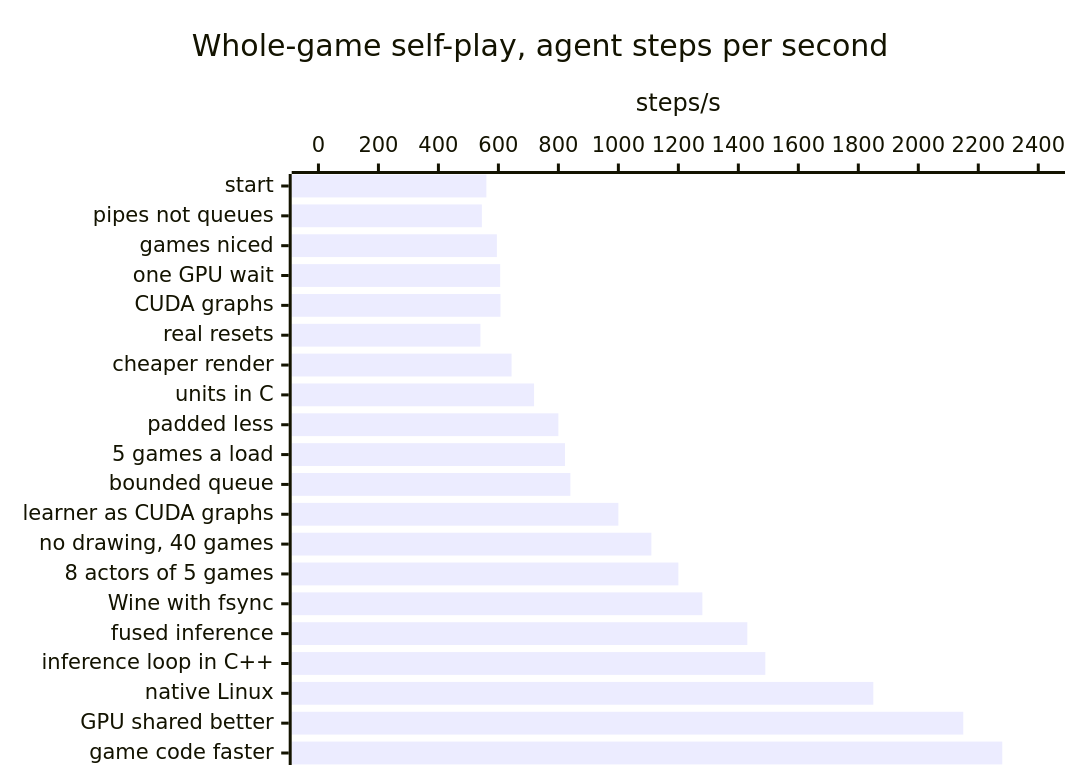
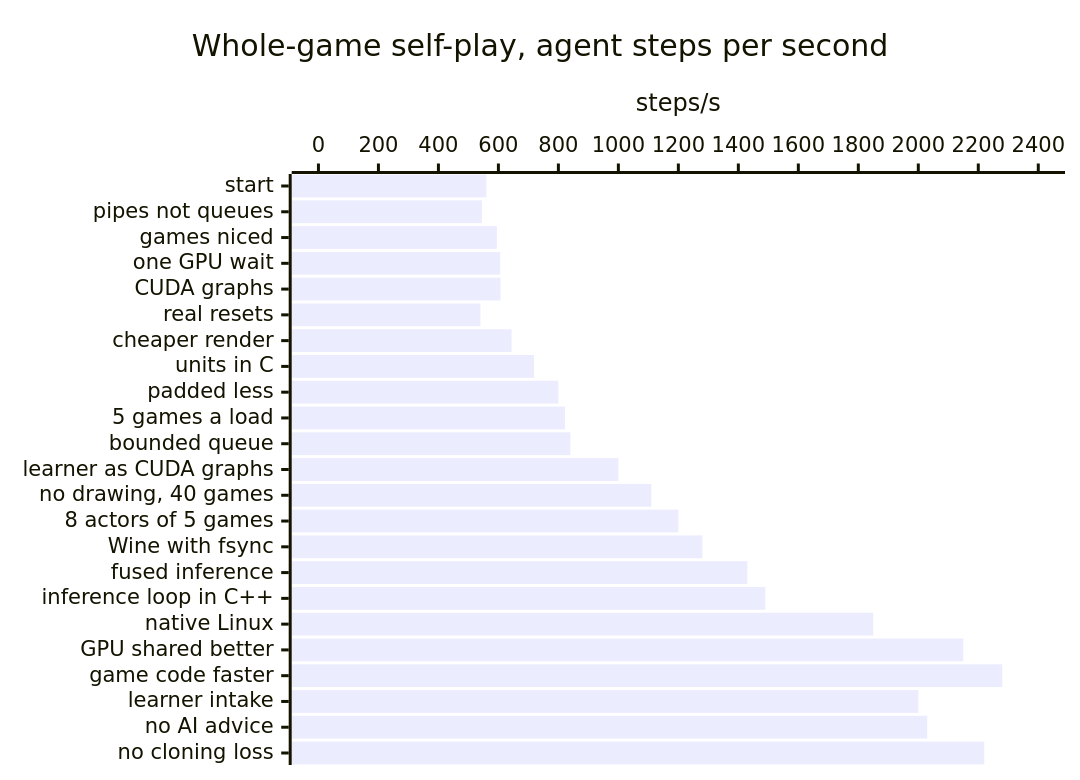
Before and after one commit to RobinKa/warcraftsim: the first of 2 diagrams in docs/optimizations.md, drawn with Mermaid. The commit also changed other lines of this file and 9 other files, not shown here.

````diff
--- a/docs/optimizations.md
+++ b/docs/optimizations.md
@@ -7,7 +7,7 @@
 ```mermaid
 xychart-beta horizontal
   title "Whole-game self-play, agent steps per second"
-  x-axis ["start", "pipes not queues", "games niced", "one GPU wait", "CUDA graphs", "real resets", "cheaper render", "units in C", "padded less", "5 games a load", "bounded queue", "learner as CUDA graphs", "no drawing, 40 games", "8 actors of 5 games", "Wine with fsync", "fused inference", "inference loop in C++", "native Linux", "GPU shared better", "game code faster"]
+  x-axis ["start", "pipes not queues", "games niced", "one GPU wait", "CUDA graphs", "real resets", "cheaper render", "units in C", "padded less", "5 games a load", "bounded queue", "learner as CUDA graphs", "no drawing, 40 games", "8 actors of 5 games", "Wine with fsync", "fused inference", "inference loop in C++", "native Linux", "GPU shared better", "game code faster", "learner intake", "no AI advice", "no cloning loss"]
   y-axis "steps/s" 0 --> 2400
-  bar [560, 545, 595, 606, 607, 540, 644, 719, 800, 822, 840, 1000, 1110, 1200, 1280, 1430, 1490, 1850, 2150, 2280]
+  bar [560, 545, 595, 606, 607, 540, 644, 719, 800, 822, 840, 1000, 1110, 1200, 1280, 1430, 1490, 1850, 2150, 2280, 2000, 2030, 2220]
 ```
````
